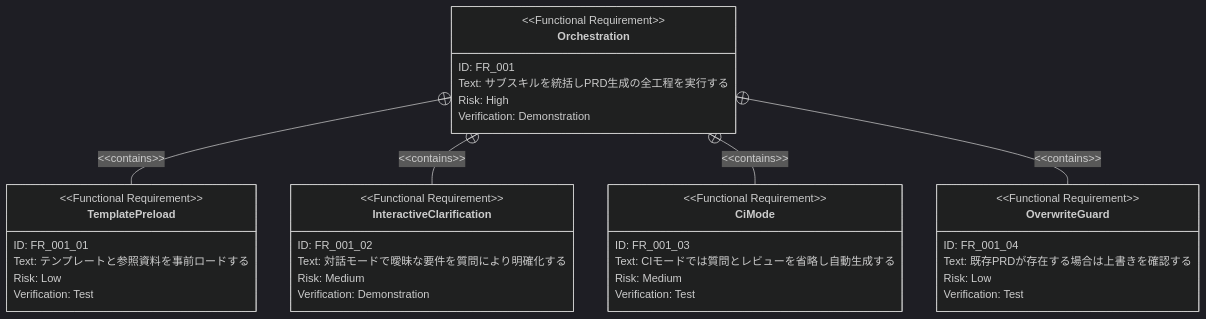
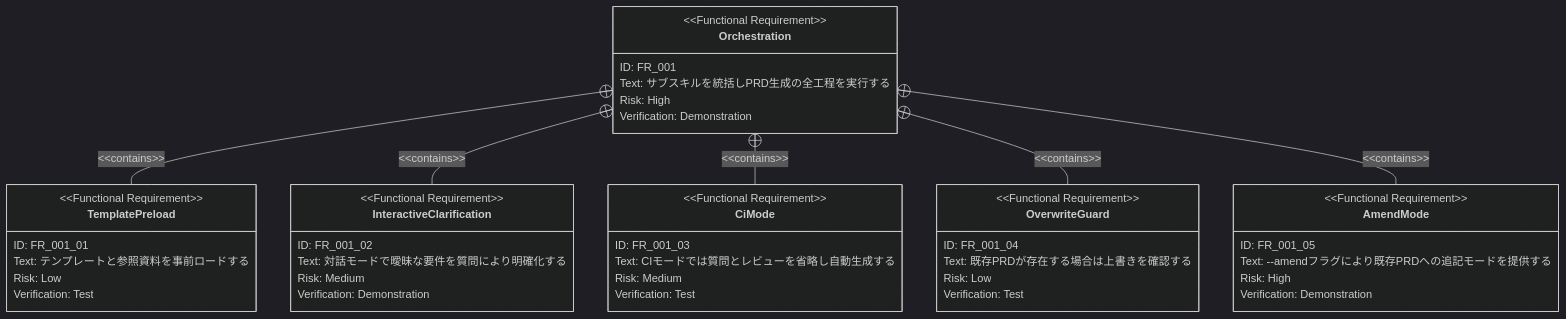
Before and after one commit to ToshikiImagawa/ai-sdd-workflow-dev: the fourth of 4 diagrams in .sdd/requirement/prd-generation.md, drawn with Mermaid. The commit also changed other lines of this file and 12 other files, not shown here.

````diff
--- a/.sdd/requirement/prd-generation.md
+++ b/.sdd/requirement/prd-generation.md
@@ -285,43 +307,51 @@
 ```mermaid
 %%{init: {'theme': 'dark'}}%%
 requirementDiagram
     functionalRequirement Orchestration {
         id: FR_001
         text: "サブスキルを統括しPRD生成の全工程を実行する"
         risk: high
         verifymethod: demonstration
     }
 
     functionalRequirement TemplatePreload {
         id: FR_001_01
         text: "テンプレートと参照資料を事前ロードする"
         risk: low
         verifymethod: test
     }
 
     functionalRequirement InteractiveClarification {
         id: FR_001_02
         text: "対話モードで曖昧な要件を質問により明確化する"
         risk: medium
         verifymethod: demonstration
     }
 
     functionalRequirement CiMode {
         id: FR_001_03
         text: "CIモードでは質問とレビューを省略し自動生成する"
         risk: medium
         verifymethod: test
     }
 
     functionalRequirement OverwriteGuard {
         id: FR_001_04
         text: "既存PRDが存在する場合は上書きを確認する"
         risk: low
         verifymethod: test
     }
 
+    functionalRequirement AmendMode {
+        id: FR_001_05
+        text: "--amendフラグにより既存PRDへの追記モードを提供する"
+        risk: high
+        verifymethod: demonstration
+    }
+
     Orchestration - contains -> TemplatePreload
     Orchestration - contains -> InteractiveClarification
     Orchestration - contains -> CiMode
     Orchestration - contains -> OverwriteGuard
+    Orchestration - contains -> AmendMode
 ```
````
